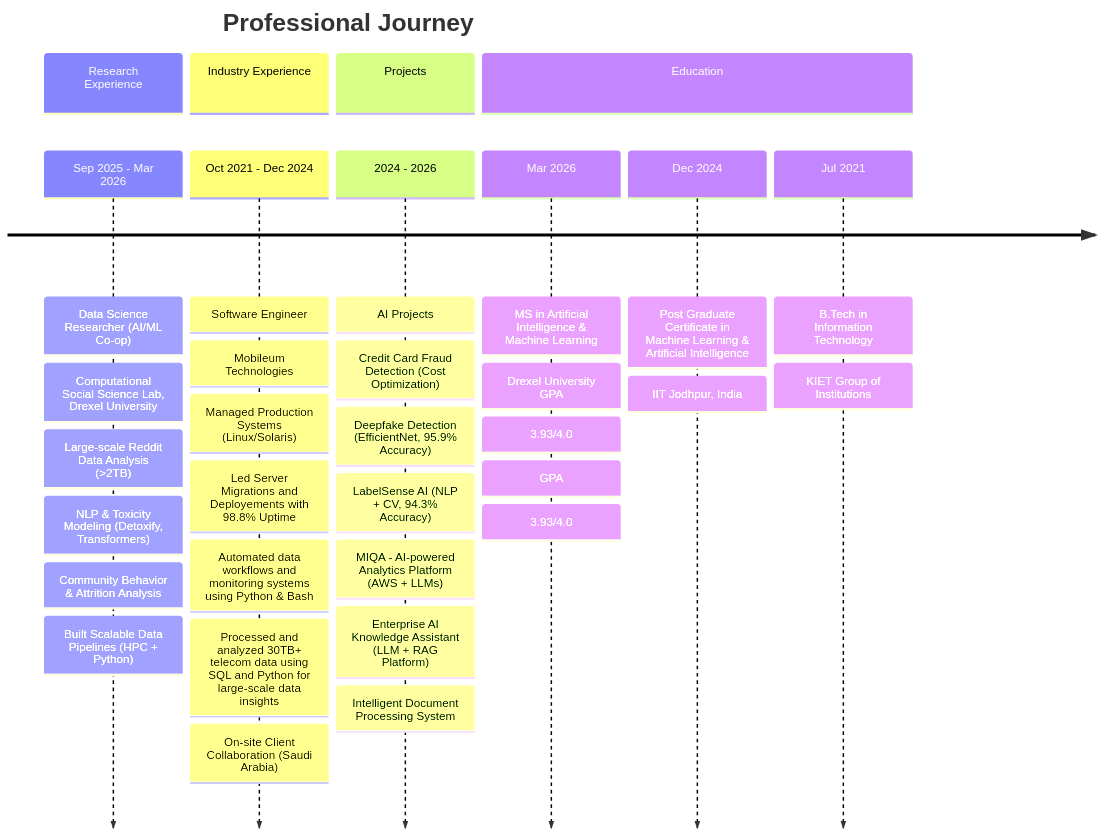
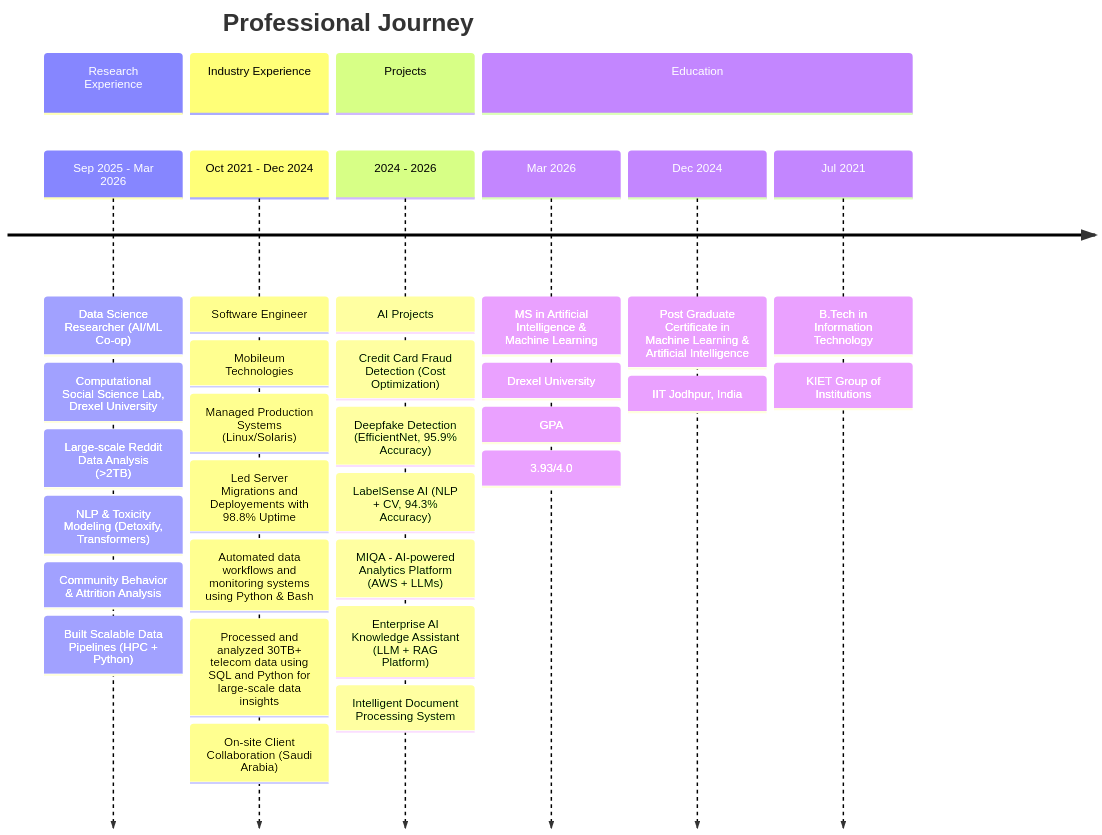
The diagram in README.md (ShobhitDixit98/ShobhitDixit98), drawn with Mermaid before and after one commit.

Commit message:
Fix formatting in education section of README

````diff
--- a/README.md
+++ b/README.md
@@ -38,41 +38,41 @@
 ```mermaid
 timeline
     title Professional Journey
 
     section Research Experience
     Sep 2025 - Mar 2026  : Data Science Researcher (AI/ML Co-op)
                          : Computational Social Science Lab, Drexel University
                          : Large-scale Reddit Data Analysis (>2TB)
                          : NLP & Toxicity Modeling (Detoxify, Transformers)
                          : Community Behavior & Attrition Analysis
                          : Built Scalable Data Pipelines (HPC + Python)
 
     section Industry Experience
     Oct 2021 - Dec 2024  : Software Engineer
                          : Mobileum Technologies
                          : Managed Production Systems (Linux/Solaris)
                          : Led Server Migrations and Deployements with 98.8% Uptime
                          : Automated data workflows and monitoring systems using Python & Bash
                          : Processed and analyzed 30TB+ telecom data using SQL and Python for large-scale data insights
                          : On-site Client Collaboration (Saudi Arabia) 
 
     section Projects
     2024 - 2026          : AI Projects
                          : Credit Card Fraud Detection (Cost Optimization)
                          : Deepfake Detection (EfficientNet, 95.9% Accuracy)
                          : LabelSense AI (NLP + CV, 94.3% Accuracy)
                          : MIQA - AI-powered Analytics Platform (AWS + LLMs)
                          : Enterprise AI Knowledge Assistant (LLM + RAG Platform) 
                          : Intelligent Document Processing System 
 
     section Education
     Mar 2026 : MS in Artificial Intelligence & Machine Learning
-             : Drexel University GPA: 3.93/4.0
+             : Drexel University
              : GPA: 3.93/4.0
 
     Dec 2024 : Post Graduate Certificate in Machine Learning & Artificial Intelligence
              : IIT Jodhpur, India
 
     Jul 2021 : B.Tech in Information Technology
              : KIET Group of Institutions
 ```
````
